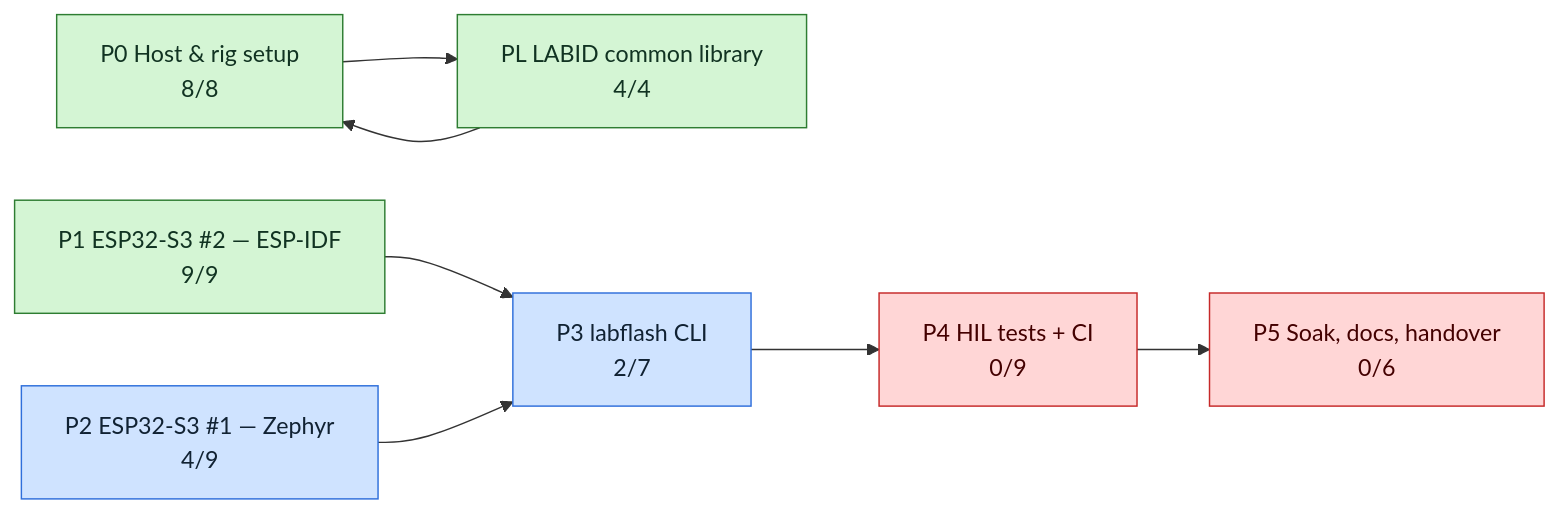
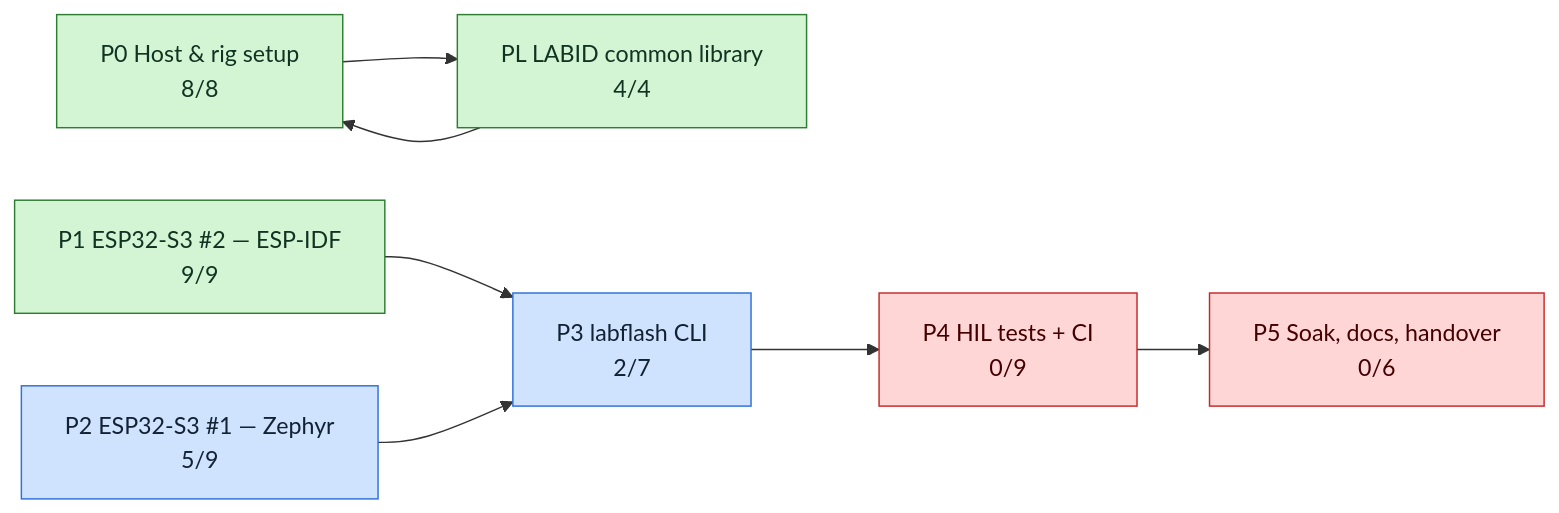
One commit to mohamed-soubhi/bootlab-esp changed the second of 3 diagrams in tickets/TICKETS.md. Above: the diagram before and after it, drawn with Mermaid. The commit also changed other lines of this file and 8 other files, not shown here.

````diff
--- a/tickets/TICKETS.md
+++ b/tickets/TICKETS.md
@@ -36,20 +36,20 @@
 ```mermaid
 flowchart LR
     E0["P0 Host & rig setup<br/>8/8"]:::done
     EL["PL LABID common library<br/>4/4"]:::done
     E1["P1 ESP32-S3 #2 — ESP-IDF<br/>9/9"]:::done
-    E2["P2 ESP32-S3 #1 — Zephyr<br/>4/9"]:::doing
+    E2["P2 ESP32-S3 #1 — Zephyr<br/>5/9"]:::doing
     E3["P3 labflash CLI<br/>2/7"]:::doing
     E4["P4 HIL tests + CI<br/>0/9"]:::blocked
     E5["P5 Soak, docs, handover<br/>0/6"]:::blocked
     E0 --> EL
     E1 --> E3
     E2 --> E3
     E3 --> E4
     E4 --> E5
     EL --> E0
     classDef todo fill:#eeeeee,stroke:#999,color:#333
     classDef doing fill:#cfe3ff,stroke:#2f6fdb,color:#123
     classDef blocked fill:#ffd6d6,stroke:#c62828,color:#400
     classDef done fill:#d4f5d4,stroke:#2e7d32,color:#132
 ```
````
